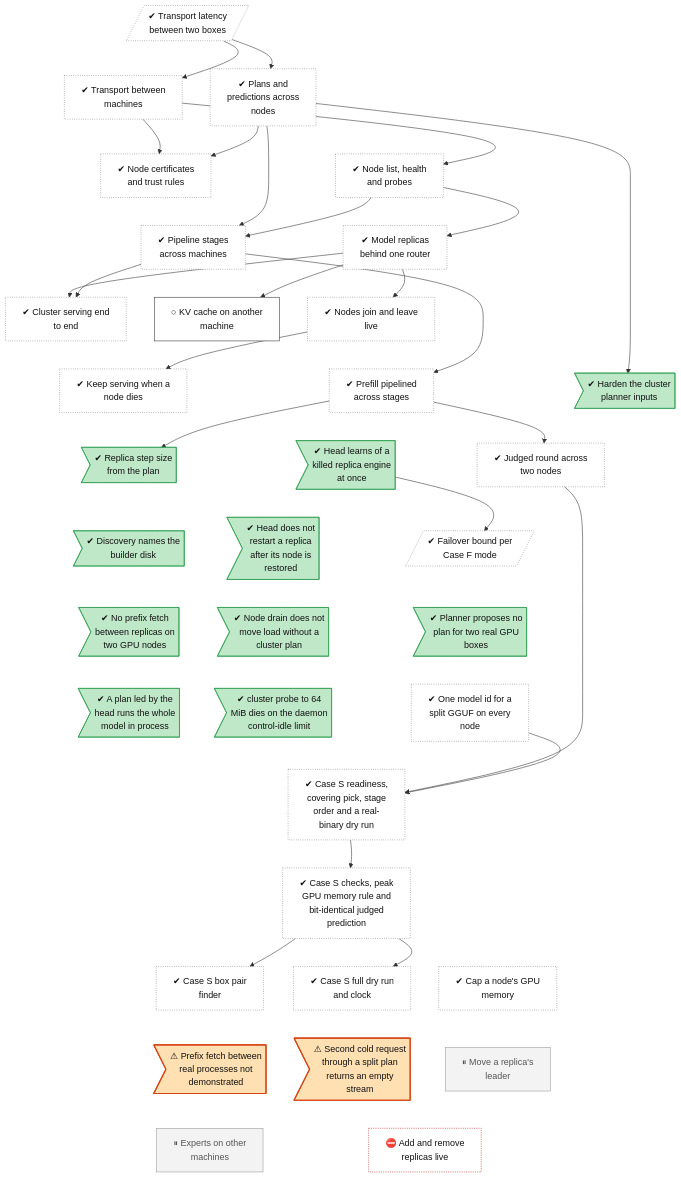
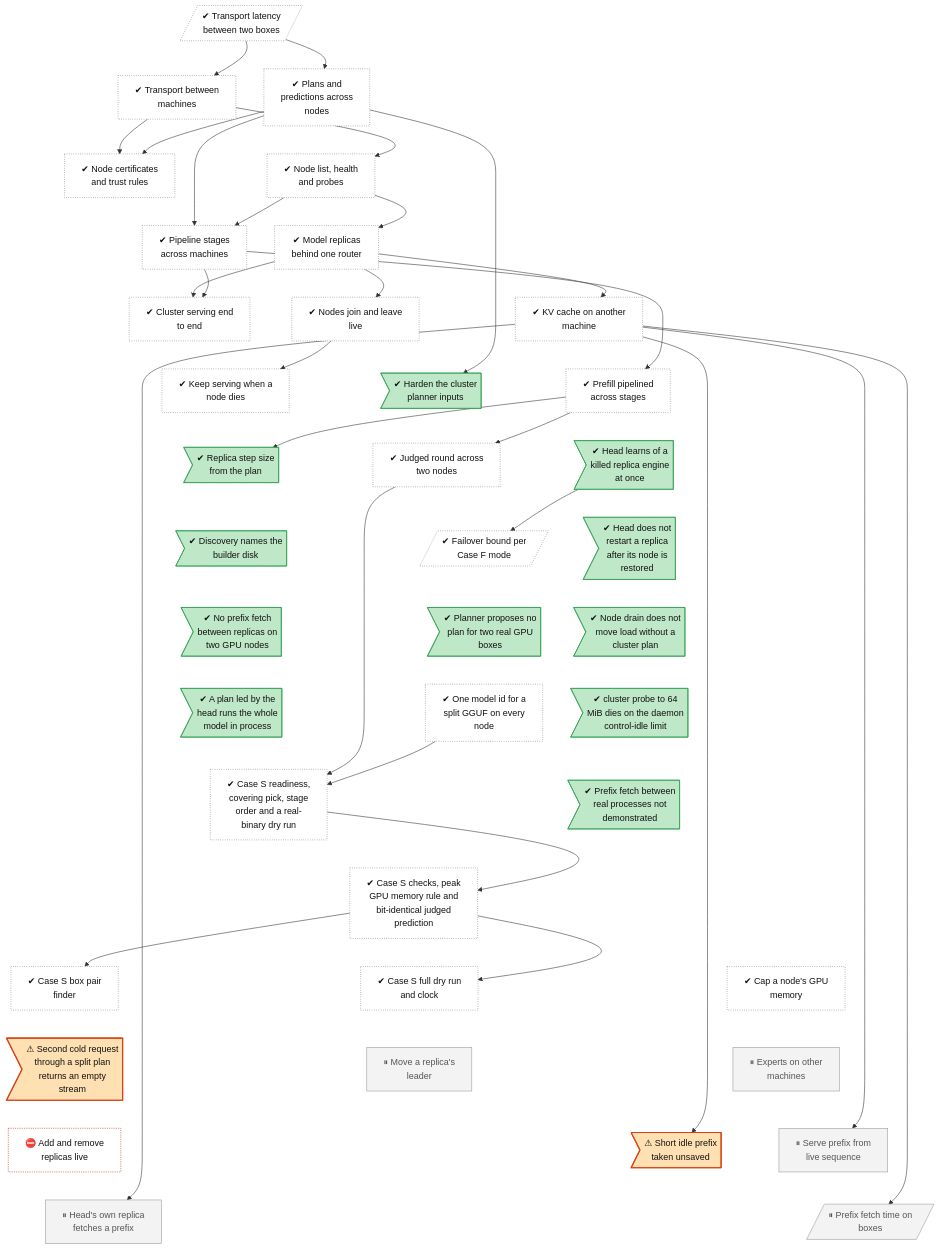
Before and after one commit to lhns/tetraeder: the diagram in docs/roadmap/tracks/cluster.md, drawn with Mermaid. The commit also changed other lines of this file and 4 other files, not shown here.

Commit message:
Tree: remote KV and the missing prefix fetch done (CI run 45856675334); follow-ups short idle prefix dropped (next), live-sequence serve, head replica fetch, box fetch timing (parked); Magnitude expected-uses ranking in the replay (next) (not measured)

````diff
--- a/docs/roadmap/tracks/cluster.md
+++ b/docs/roadmap/tracks/cluster.md
@@ -18,7 +18,7 @@
     cluster_replicas["✔ Model replicas<br/>behind one router"]
     cluster_integration["✔ Cluster serving end<br/>to end"]
     cluster_join_leave["✔ Nodes join and leave<br/>live"]
-    cluster_remote_kv["○ KV cache on another<br/>machine"]
+    cluster_remote_kv["✔ KV cache on another<br/>machine"]
     cluster_failover["✔ Keep serving when a<br/>node dies"]
     cluster_planner_hardening>"✔ Harden the cluster<br/>planner inputs"]
     cluster_pipeline_prefill["✔ Prefill pipelined<br/>across stages"]
@@ -35,15 +35,19 @@
     cluster_sharded_model_id["✔ One model id for a<br/>split GGUF on every<br/>node"]
     cluster_probe_control_idle>"✔ cluster probe to 64<br/>MiB dies on the daemon<br/>control-idle limit"]
     cluster_case_s_ready["✔ Case S readiness,<br/>covering pick, stage<br/>order and a real-<br/>binary dry run"]
+    cluster_prefix_fetch_not_observed>"✔ Prefix fetch between<br/>real processes not<br/>demonstrated"]
     cluster_case_s_checks["✔ Case S checks, peak<br/>GPU memory rule and<br/>bit-identical judged<br/>prediction"]
     cluster_case_s_pair_finder["✔ Case S box pair<br/>finder"]
     cluster_case_s_flow["✔ Case S full dry run<br/>and clock"]
     cluster_profile_gpu_cap["✔ Cap a node's GPU<br/>memory"]
-    cluster_prefix_fetch_not_observed>"⚠ Prefix fetch between<br/>real processes not<br/>demonstrated"]
     cluster_second_cold_request_empty>"⚠ Second cold request<br/>through a split plan<br/>returns an empty<br/>stream"]
     cluster_leader_move["⏸ Move a replica's<br/>leader"]
     cluster_experts_nodes["⏸ Experts on other<br/>machines"]
     cluster_replica_scaling["⛔ Add and remove<br/>replicas live"]
+    cluster_short_prefix_dropped>"⚠ Short idle prefix<br/>taken unsaved"]
+    cluster_serve_live_prefix["⏸ Serve prefix from<br/>live sequence"]
+    cluster_head_replica_fetch["⏸ Head's own replica<br/>fetches a prefix"]
+    cluster_prefix_fetch_box[/"⏸ Prefix fetch time on<br/>boxes"/]
     cluster_transport_wan ~~~ cluster_transport
     cluster_transport_wan ~~~ cluster_planner
     cluster_transport ~~~ cluster_mtls
@@ -69,18 +73,22 @@
     cluster_plan_source_gpu_segments ~~~ cluster_sharded_model_id
     cluster_drain_without_plan ~~~ cluster_probe_control_idle
     cluster_head_led_plan_ignores_segments ~~~ cluster_case_s_ready
-    cluster_sharded_model_id ~~~ cluster_case_s_ready
-    cluster_probe_control_idle ~~~ cluster_case_s_ready
+    cluster_sharded_model_id ~~~ cluster_prefix_fetch_not_observed
+    cluster_probe_control_idle ~~~ cluster_prefix_fetch_not_observed
     cluster_case_s_ready ~~~ cluster_case_s_checks
+    cluster_prefix_fetch_not_observed ~~~ cluster_case_s_checks
     cluster_case_s_checks ~~~ cluster_case_s_pair_finder
     cluster_case_s_checks ~~~ cluster_case_s_flow
     cluster_case_s_checks ~~~ cluster_profile_gpu_cap
-    cluster_case_s_pair_finder ~~~ cluster_prefix_fetch_not_observed
-    cluster_case_s_flow ~~~ cluster_second_cold_request_empty
-    cluster_profile_gpu_cap ~~~ cluster_leader_move
-    cluster_prefix_fetch_not_observed ~~~ cluster_experts_nodes
+    cluster_case_s_pair_finder ~~~ cluster_second_cold_request_empty
+    cluster_case_s_flow ~~~ cluster_leader_move
+    cluster_profile_gpu_cap ~~~ cluster_experts_nodes
     cluster_second_cold_request_empty ~~~ cluster_replica_scaling
-    cluster_leader_move ~~~ cluster_replica_scaling
+    cluster_leader_move ~~~ cluster_short_prefix_dropped
+    cluster_experts_nodes ~~~ cluster_serve_live_prefix
+    cluster_replica_scaling ~~~ cluster_head_replica_fetch
+    cluster_short_prefix_dropped ~~~ cluster_prefix_fetch_box
+    cluster_serve_live_prefix ~~~ cluster_prefix_fetch_box
     cluster_transport_wan --> cluster_transport
     cluster_transport_wan --> cluster_planner
     cluster_transport --> cluster_mtls
@@ -104,6 +112,10 @@
     cluster_case_s_ready --> cluster_case_s_checks
     cluster_case_s_checks --> cluster_case_s_pair_finder
     cluster_case_s_checks --> cluster_case_s_flow
+    cluster_remote_kv --> cluster_short_prefix_dropped
+    cluster_remote_kv --> cluster_serve_live_prefix
+    cluster_remote_kv --> cluster_head_replica_fetch
+    cluster_remote_kv --> cluster_prefix_fetch_box
     classDef vsucc fill:#2e9e4f,stroke:#1b6b34,color:#fff
     classDef succ fill:#bfe8c8,stroke:#2e9e4f,color:#111
     classDef mixed fill:#ffd37a,stroke:#c98a00,color:#111
@@ -118,10 +130,9 @@
     classDef decided fill:#ece0f7,stroke:#7b3fb5,stroke-dasharray:2 2,color:#111
     classDef finding fill:#ffe0b2,stroke:#d84315,stroke-width:2px,color:#111
     classDef waiting fill:#e3f2fd,stroke:#1f6fc5,stroke-dasharray:5 5,color:#111
-    class cluster_transport_wan,cluster_transport,cluster_planner,cluster_mtls,cluster_discovery,cluster_pipeline_nodes,cluster_replicas,cluster_integration,cluster_join_leave,cluster_failover,cluster_pipeline_prefill,cluster_judged_round_cmd,cluster_failover_bound,cluster_sharded_model_id,cluster_case_s_ready,cluster_case_s_checks,cluster_case_s_pair_finder,cluster_case_s_flow,cluster_profile_gpu_cap unrated
-    class cluster_remote_kv next
-    class cluster_planner_hardening,cluster_step_tokens_from_plan,cluster_mode1_detection,cluster_discovery_disk_names,cluster_rejoin_after_restore,cluster_prefix_fetch_not_triggered,cluster_plan_source_gpu_segments,cluster_drain_without_plan,cluster_head_led_plan_ignores_segments,cluster_probe_control_idle succ
-    class cluster_prefix_fetch_not_observed,cluster_second_cold_request_empty finding
-    class cluster_leader_move,cluster_experts_nodes parked
+    class cluster_transport_wan,cluster_transport,cluster_planner,cluster_mtls,cluster_discovery,cluster_pipeline_nodes,cluster_replicas,cluster_integration,cluster_join_leave,cluster_remote_kv,cluster_failover,cluster_pipeline_prefill,cluster_judged_round_cmd,cluster_failover_bound,cluster_sharded_model_id,cluster_case_s_ready,cluster_case_s_checks,cluster_case_s_pair_finder,cluster_case_s_flow,cluster_profile_gpu_cap unrated
+    class cluster_planner_hardening,cluster_step_tokens_from_plan,cluster_mode1_detection,cluster_discovery_disk_names,cluster_rejoin_after_restore,cluster_prefix_fetch_not_triggered,cluster_plan_source_gpu_segments,cluster_drain_without_plan,cluster_head_led_plan_ignores_segments,cluster_probe_control_idle,cluster_prefix_fetch_not_observed succ
+    class cluster_second_cold_request_empty,cluster_short_prefix_dropped finding
+    class cluster_leader_move,cluster_experts_nodes,cluster_serve_live_prefix,cluster_head_replica_fetch,cluster_prefix_fetch_box parked
     class cluster_replica_scaling blocked
 ```
````
